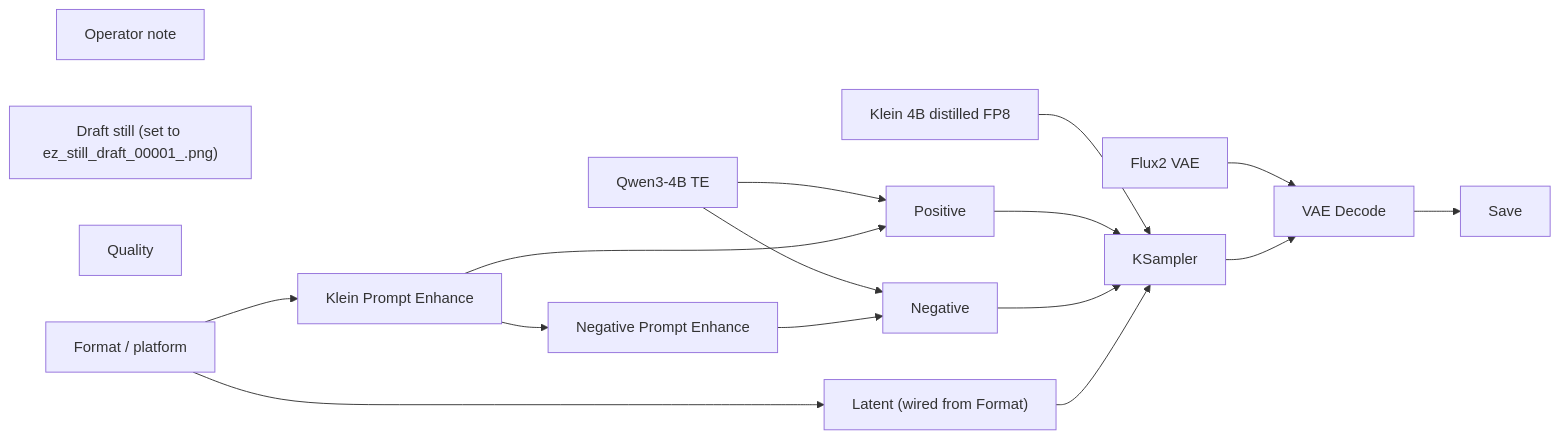
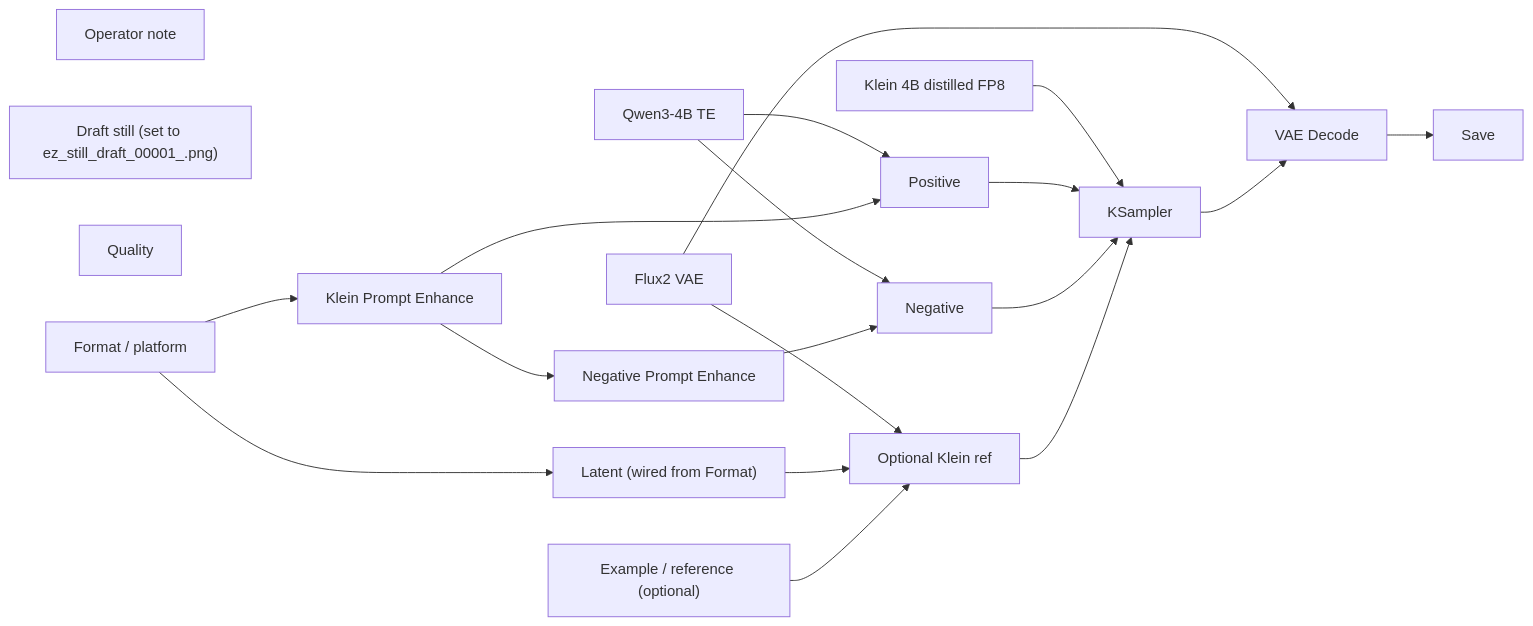
The diagram in docs/generated/workflows/klein/still-hero.md (toxicoder/ez-comfy-stack), drawn with Mermaid before and after one commit. The commit also changed other lines of this file and 227 other files, not shown here.

First line of the commit message:
test: cover optional-ref fail-soft paths and encyclopedia

````diff
--- a/docs/generated/workflows/klein/still-hero.md
+++ b/docs/generated/workflows/klein/still-hero.md
@@ -56,32 +56,37 @@
 ```mermaid
 flowchart LR
   N1["Klein 4B distilled FP8"]
   N2["Qwen3-4B TE"]
   N3["Flux2 VAE"]
   N4["Positive"]
   N5["Negative"]
   N6["Latent (wired from Format)"]
   N7["KSampler"]
   N8["VAE Decode"]
   N9["Save"]
   N10["Operator note"]
   N11["Draft still (set to ez_still_draft_00001_.png)"]
   N12["Klein Prompt Enhance"]
   N13["Negative Prompt Enhance"]
   N14["Quality"]
   N15["Format / platform"]
+  N16["Example / reference (optional)"]
+  N17["Optional Klein ref"]
   N1 --> N7
   N2 --> N4
   N2 --> N5
   N3 --> N8
+  N3 --> N17
   N4 --> N7
   N5 --> N7
-  N6 --> N7
+  N6 --> N17
   N7 --> N8
   N8 --> N9
   N12 --> N4
   N12 --> N13
   N13 --> N5
   N15 --> N6
   N15 --> N12
+  N16 --> N17
+  N17 --> N7
 ```
````
